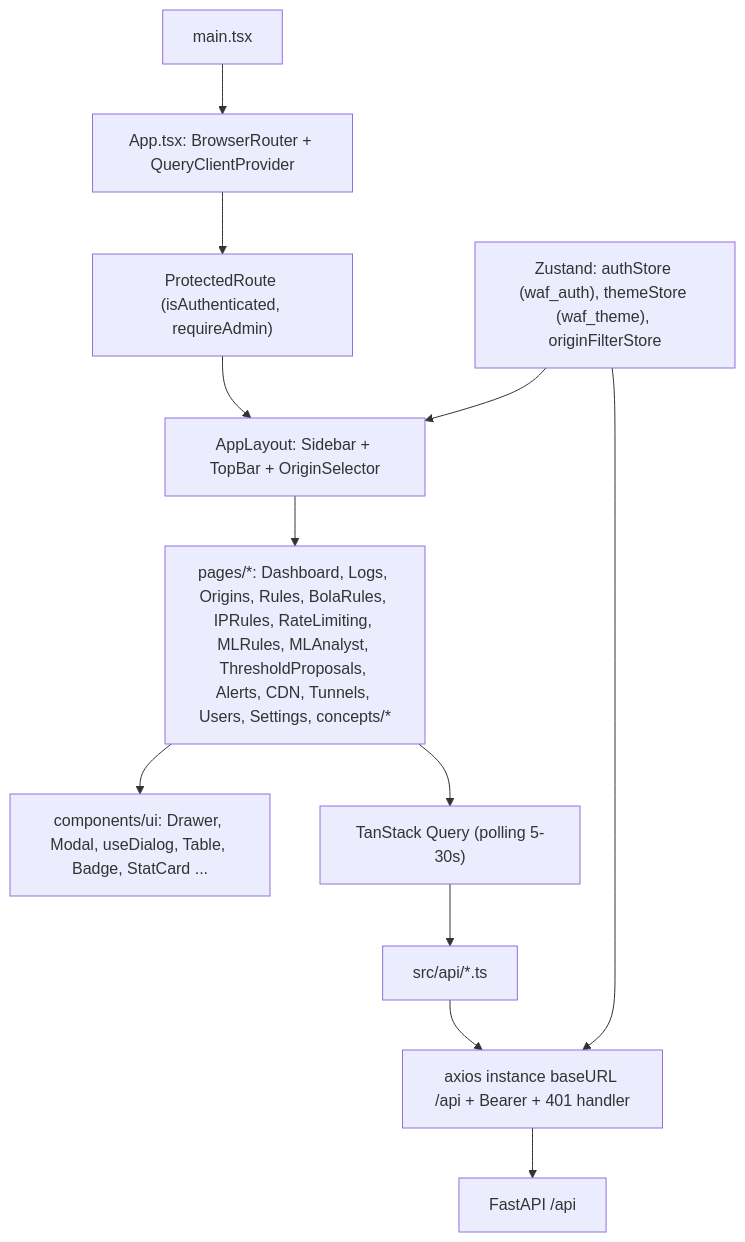
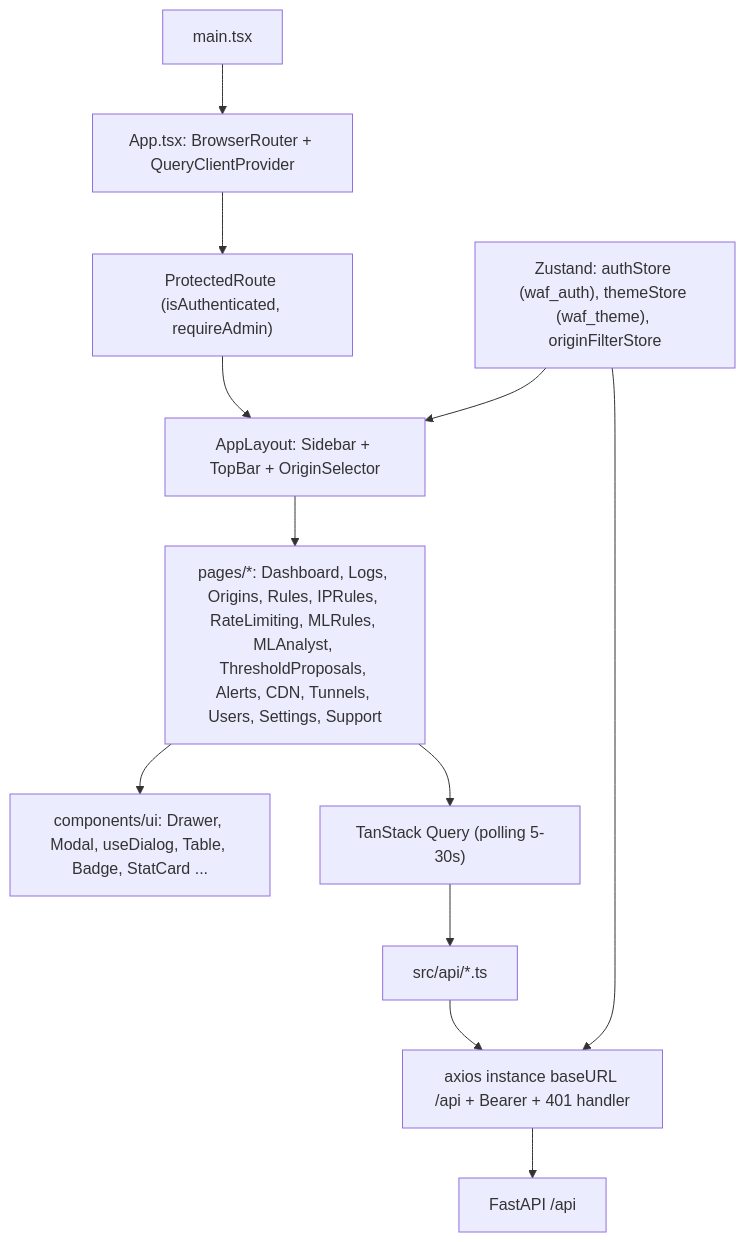
The diagram in docs/diagrams/07-frontend-components.mmd (jakkaret/waf-cdn-platform), drawn with Mermaid before and after one commit. The commit also changed 43 other files, not shown here.

```diff
--- a/docs/diagrams/07-frontend-components.mmd
+++ b/docs/diagrams/07-frontend-components.mmd
@@ -1,12 +1,12 @@
 flowchart TB
   main["main.tsx"] --> app["App.tsx: BrowserRouter + QueryClientProvider"]
   app --> pr["ProtectedRoute (isAuthenticated, requireAdmin)"]
   pr --> layout["AppLayout: Sidebar + TopBar + OriginSelector"]
-  layout --> pages["pages/*: Dashboard, Logs, Origins, Rules, BolaRules, IPRules, RateLimiting, MLRules, MLAnalyst, ThresholdProposals, Alerts, CDN, Tunnels, Users, Settings, concepts/*"]
+  layout --> pages["pages/*: Dashboard, Logs, Origins, Rules, IPRules, RateLimiting, MLRules, MLAnalyst, ThresholdProposals, Alerts, CDN, Tunnels, Users, Settings, Support"]
   pages --> ui["components/ui: Drawer, Modal, useDialog, Table, Badge, StatCard ..."]
   pages --> rq["TanStack Query (polling 5-30s)"]
   rq --> apis["src/api/*.ts"]
   apis --> ax["axios instance baseURL /api + Bearer + 401 handler"]
   ax --> be["FastAPI /api"]
   stores["Zustand: authStore (waf_auth), themeStore (waf_theme), originFilterStore"] --> layout
   stores --> ax
```
